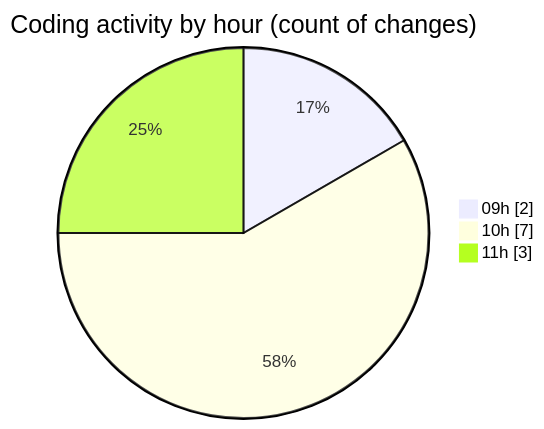
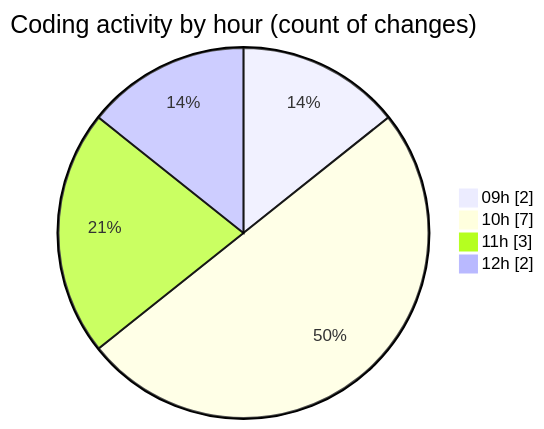
The second of 2 diagrams in 2026-03-02/typescript/README.md (igalym/code-tracking), drawn with Mermaid before and after one commit. The commit also changed other lines of this file and 1 other file, not shown here.

````diff
--- a/2026-03-02/typescript/README.md
+++ b/2026-03-02/typescript/README.md
@@ -33,7 +33,8 @@
 ```mermaid
 pie showData
 title Coding activity by hour (count of changes)
 "09h" : 2
 "10h" : 7
 "11h" : 3
+"12h" : 2
 ```
````
